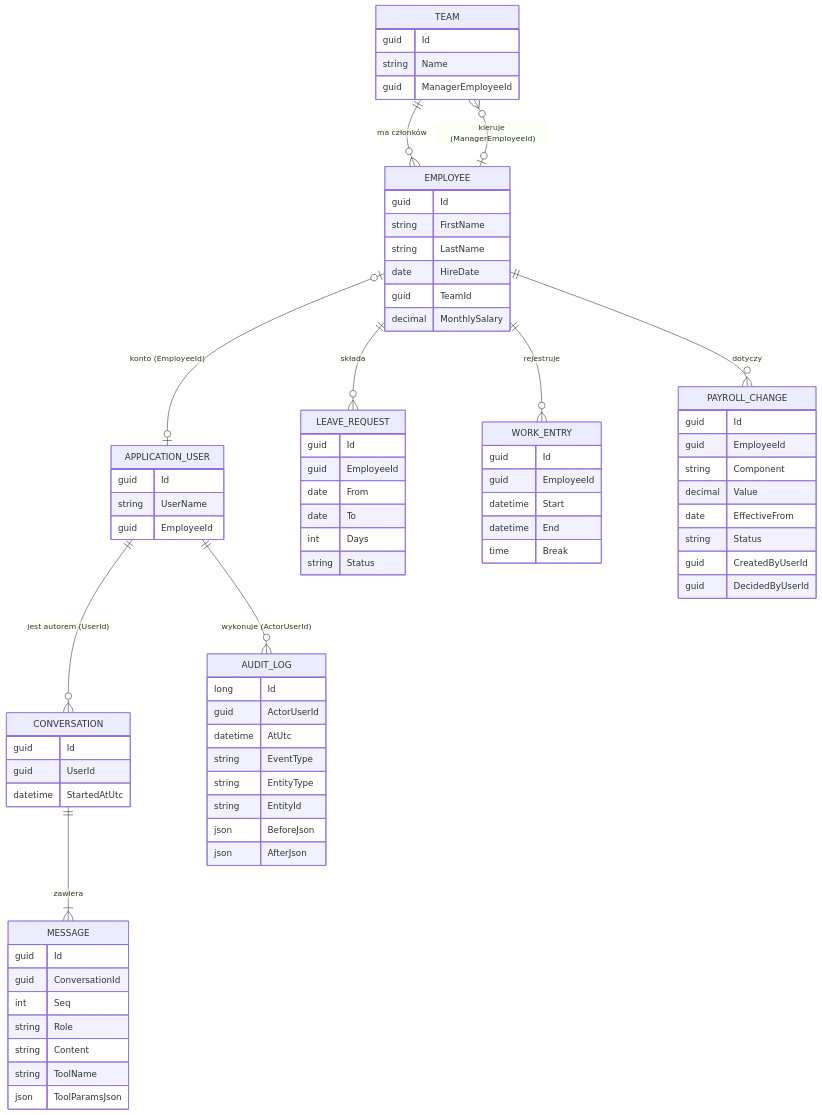
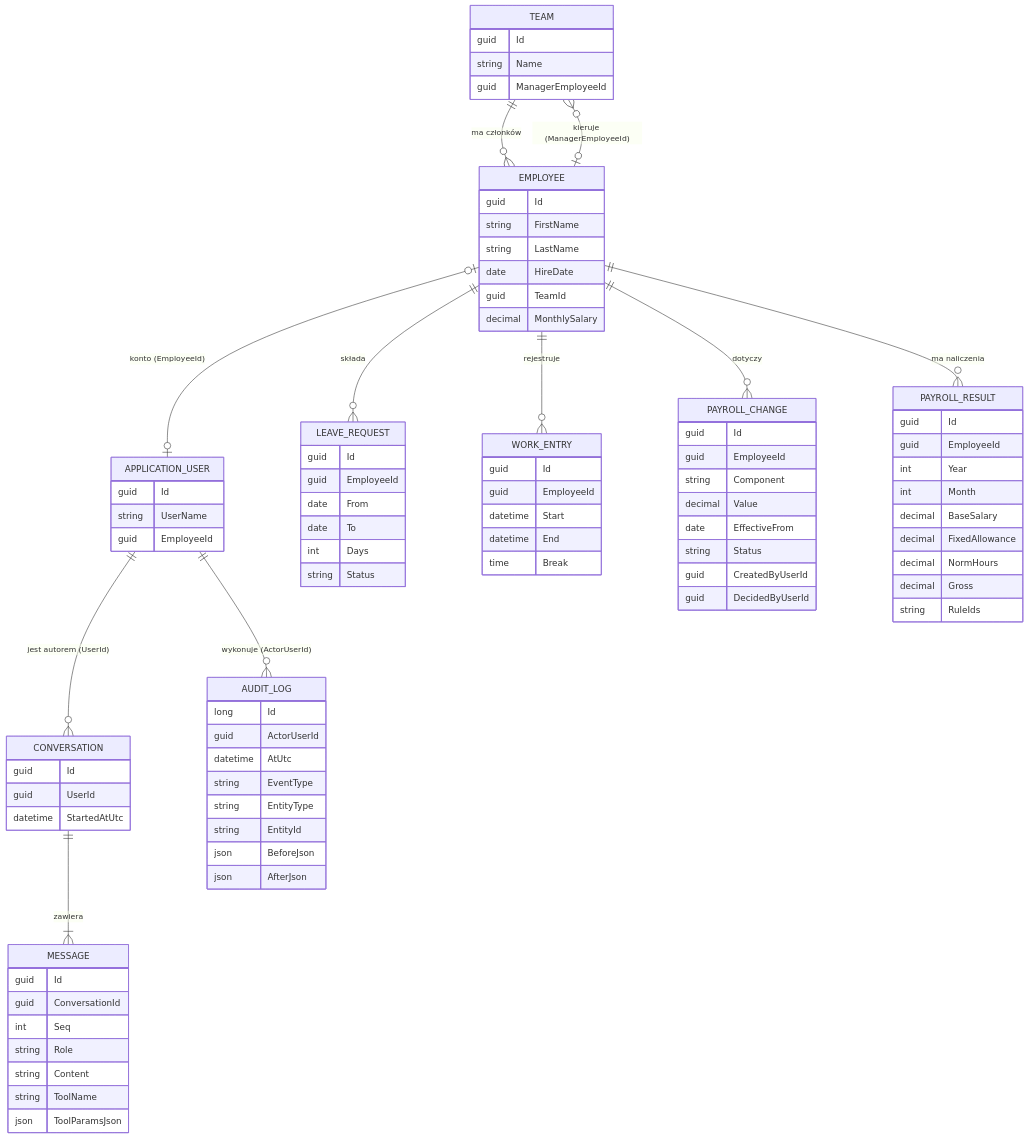
The third of 3 diagrams in docs/arc42/05-widok-blokow.md (99996927/TePePwEduPL), drawn with Mermaid before and after one commit. The commit also changed other lines of this file and 3 other files, not shown here.

````diff
--- a/docs/arc42/05-widok-blokow.md
+++ b/docs/arc42/05-widok-blokow.md
@@ -80,21 +80,23 @@
 ```mermaid
 erDiagram
     TEAM ||--o{ EMPLOYEE : "ma członków"
     EMPLOYEE |o--o{ TEAM : "kieruje (ManagerEmployeeId)"
     EMPLOYEE |o--o| APPLICATION_USER : "konto (EmployeeId)"
     EMPLOYEE ||--o{ LEAVE_REQUEST : składa
     EMPLOYEE ||--o{ WORK_ENTRY : rejestruje
     EMPLOYEE ||--o{ PAYROLL_CHANGE : dotyczy
+    EMPLOYEE ||--o{ PAYROLL_RESULT : "ma naliczenia"
     APPLICATION_USER ||--o{ CONVERSATION : "jest autorem (UserId)"
     CONVERSATION ||--|{ MESSAGE : zawiera
     APPLICATION_USER ||--o{ AUDIT_LOG : "wykonuje (ActorUserId)"
     TEAM { guid Id string Name guid ManagerEmployeeId }
     EMPLOYEE { guid Id string FirstName string LastName date HireDate guid TeamId decimal MonthlySalary }
     APPLICATION_USER { guid Id string UserName guid EmployeeId }
     LEAVE_REQUEST { guid Id guid EmployeeId date From date To int Days string Status }
     WORK_ENTRY { guid Id guid EmployeeId datetime Start datetime End time Break }
     PAYROLL_CHANGE { guid Id guid EmployeeId string Component decimal Value date EffectiveFrom string Status guid CreatedByUserId guid DecidedByUserId }
+    PAYROLL_RESULT { guid Id guid EmployeeId int Year int Month decimal BaseSalary decimal FixedAllowance decimal NormHours decimal Gross string RuleIds }
     CONVERSATION { guid Id guid UserId datetime StartedAtUtc }
     MESSAGE { guid Id guid ConversationId int Seq string Role string Content string ToolName json ToolParamsJson }
     AUDIT_LOG { long Id guid ActorUserId datetime AtUtc string EventType string EntityType string EntityId json BeforeJson json AfterJson }
 ```
````
